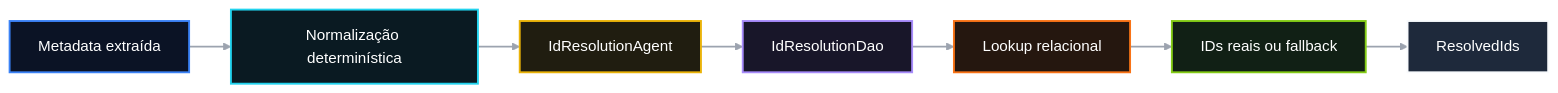
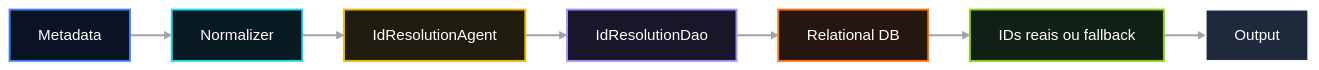
Before and after one commit to matheusdiamantino-betalent/questions-ai: the diagram in PR 65 — Fase 2: Normalização Determinística para Lookup Relacional.md, drawn with Mermaid. The commit also changed other lines of this file, not shown here.

Commit message:
Update PR 65 — Fase 2: Normalização Determinística para Lookup Relacional.md

````diff
--- a/PR 65 — Fase 2: Normalização Determinística para Lookup Relacional.md
+++ b/PR 65 — Fase 2: Normalização Determinística para Lookup Relacional.md
@@ -84,56 +83,51 @@
 ```mermaid
 %%{init: {
   "theme": "base",
   "themeVariables": {
     "background": "#050b16",
     "primaryColor": "#0b1220",
     "primaryTextColor": "#ffffff",
     "primaryBorderColor": "#22d3ee",
     "lineColor": "#94a3b8",
     "secondaryColor": "#0b1220",
     "tertiaryColor": "#0b1220",
     "fontFamily": "Inter, Arial, sans-serif"
   },
   "flowchart": {
     "htmlLabels": true,
     "curve": "linear",
     "nodeSpacing": 34,
     "rankSpacing": 44
   }
 }}%%
 flowchart LR
-    A["Metadata extraída"] --> B["Normalização determinística"]
+    A["Metadata"] --> B["Normalizer"]
     B --> C["IdResolutionAgent"]
     C --> D["IdResolutionDao"]
-    D --> E["Lookup relacional"]
+    D --> E["Relational DB"]
     E --> F["IDs reais ou fallback"]
-    F --> G["ResolvedIds"]
+    F --> G["Output"]
 
     classDef step1 fill:#0b1325,stroke:#3b82f6,stroke-width:2px,color:#ffffff;
     classDef step2 fill:#0a1a22,stroke:#22d3ee,stroke-width:2px,color:#ffffff;
     classDef step3 fill:#201d10,stroke:#eab308,stroke-width:2px,color:#ffffff;
     classDef step4 fill:#181629,stroke:#a78bfa,stroke-width:2px,color:#ffffff;
     classDef step5 fill:#25170f,stroke:#f97316,stroke-width:2px,color:#ffffff;
-    classDef step6 fill:#1e293b,stroke:#f8fafc,stroke-width:2px,color:#ffffff;
-    classDef decision fill:#181629,stroke:#a78bfa,stroke-width:2px,color:#ffffff;
-    classDef successBox fill:#112015,stroke:#84cc16,stroke-width:2px,color:#ffffff;
-    classDef failureBox fill:#2a160f,stroke:#fb7185,stroke-width:2px,color:#ffffff;
-    classDef outputBox fill:#1e293b,stroke:#f8fafc,stroke-width:2px,color:#ffffff;
-    classDef foundationBox fill:#1e293b,stroke:#f8fafc,stroke-width:2px,color:#ffffff;
-    classDef coreBox fill:#1e293b,stroke:#f8fafc,stroke-width:2px,color:#ffffff;
+    classDef step6 fill:#112015,stroke:#84cc16,stroke-width:2px,color:#ffffff;
+    classDef step7 fill:#1e293b,stroke:#f8fafc,stroke-width:2px,color:#ffffff;
 
     class A step1;
     class B step2;
     class C step3;
     class D step4;
     class E step5;
-    class F successBox;
-    class G outputBox;
+    class F step6;
+    class G step7;
 
     linkStyle 0 stroke:#9ca3af,stroke-width:2px;
     linkStyle 1 stroke:#9ca3af,stroke-width:2px;
     linkStyle 2 stroke:#9ca3af,stroke-width:2px;
     linkStyle 3 stroke:#9ca3af,stroke-width:2px;
     linkStyle 4 stroke:#9ca3af,stroke-width:2px;
     linkStyle 5 stroke:#9ca3af,stroke-width:2px;
 ```
````
